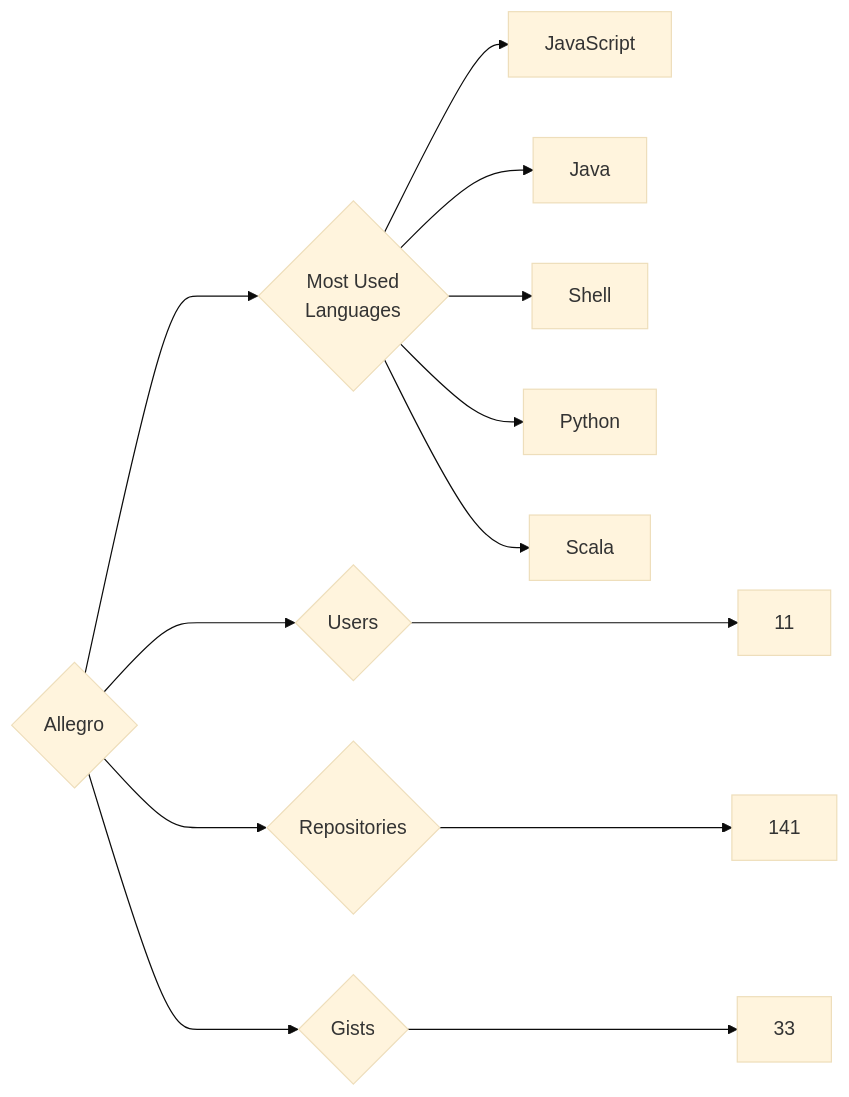
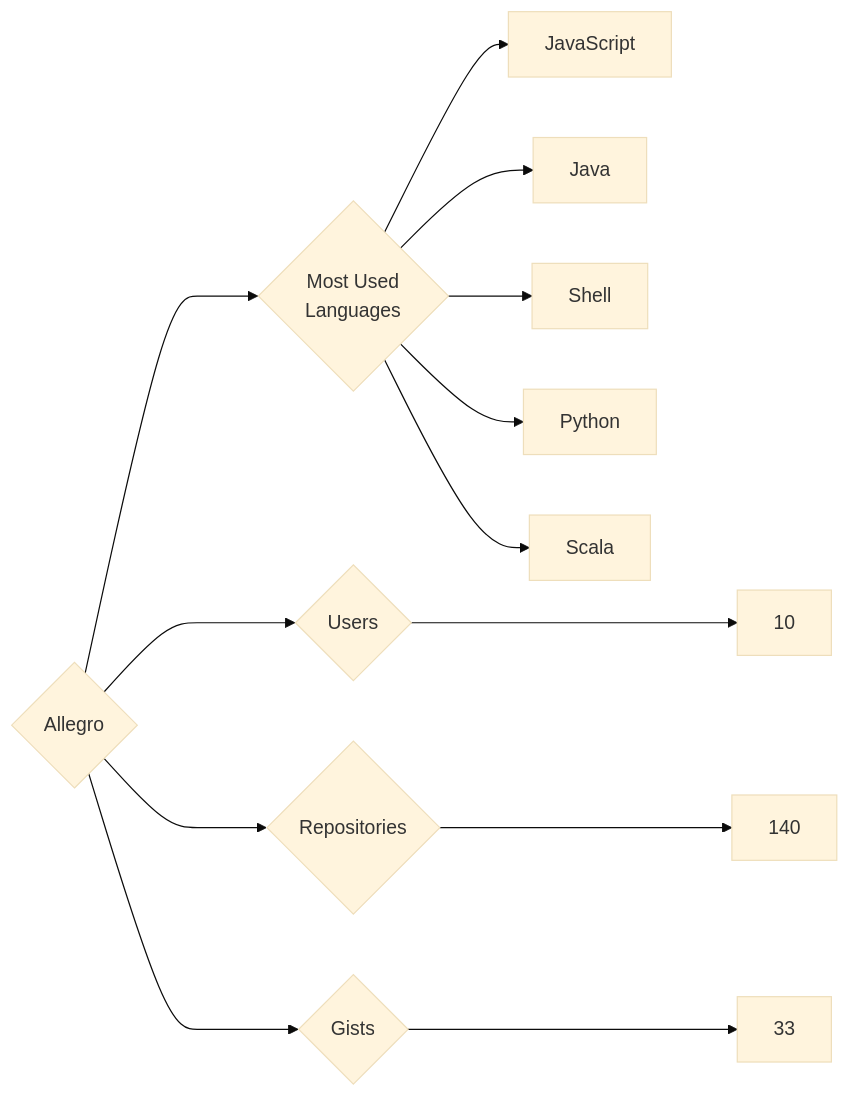
One commit to trickest/insiders changed the diagram in targets/Allegro/README.md. Above: the diagram before and after it, drawn with Mermaid (base theme). The commit also changed 636 other files, not shown here.

````diff
--- a/targets/Allegro/README.md
+++ b/targets/Allegro/README.md
@@ -3,13 +3,13 @@
 ```mermaid
 graph LR
 COMPANY_NAME{Allegro}
-COMPANY_NAME ---> U{Users} ---> UN[11]
-COMPANY_NAME ---> R{Repositories} ---> RN[141]
+COMPANY_NAME ---> U{Users} ---> UN[10]
+COMPANY_NAME ---> R{Repositories} ---> RN[140]
 COMPANY_NAME ---> G{Gists} ---> GN[33]
 COMPANY_NAME ---> ML{Most Used<br>Languages}
 ML --> JavaScript[JavaScript]
 ML --> Java[Java]
 ML --> Shell[Shell]
 ML --> Python[Python]
 ML --> Scala[Scala]
 ```
````
